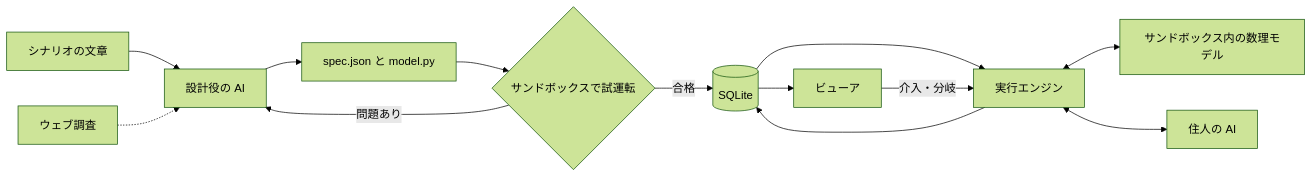
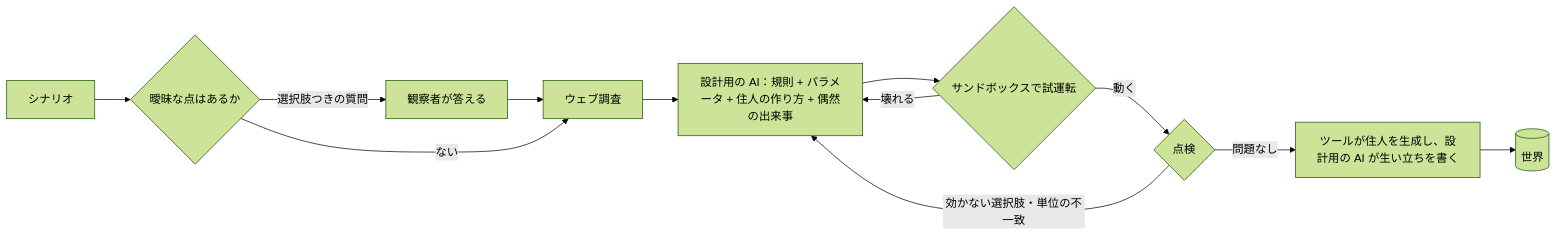
The first of 2 diagrams in docs/DESIGN.ja.md (i-icc/hakoniwa), drawn with Mermaid (forest theme) before and after one commit. The commit also changed other lines of this file and 83 other files, not shown here.

````diff
--- a/docs/DESIGN.ja.md
+++ b/docs/DESIGN.ja.md
@@ -21,15 +26,14 @@
 ```mermaid
 flowchart LR
-  S[シナリオの文章] --> D[設計役の AI]
-  W[ウェブ調査] -.-> D
-  D --> SP[spec.json と model.py]
-  SP --> V{サンドボックスで試運転}
-  V -- 問題あり --> D
-  V -- 合格 --> DB[(SQLite)]
-  DB --> E[実行エンジン]
-  E <--> SB[サンドボックス内の数理モデル]
-  E <--> A[住人の AI]
-  E --> DB
-  DB --> VW[ビューア]
-  VW -- 介入・分岐 --> E
+  S[シナリオ] --> Q{曖昧な点はあるか}
+  Q -- 選択肢つきの質問 --> O[観察者が答える]
+  O --> R[ウェブ調査]
+  Q -- ない --> R
+  R --> D[設計用の AI：規則 + パラメータ + 住人の作り方 + 偶然の出来事]
+  D --> V{サンドボックスで試運転}
+  V -- 壊れる --> D
+  V -- 動く --> C{点検}
+  C -- 効かない選択肢・単位の不一致 --> D
+  C -- 問題なし --> P[ツールが住人を生成し、設計用の AI が生い立ちを書く]
+  P --> W[(世界)]
 ```
````
